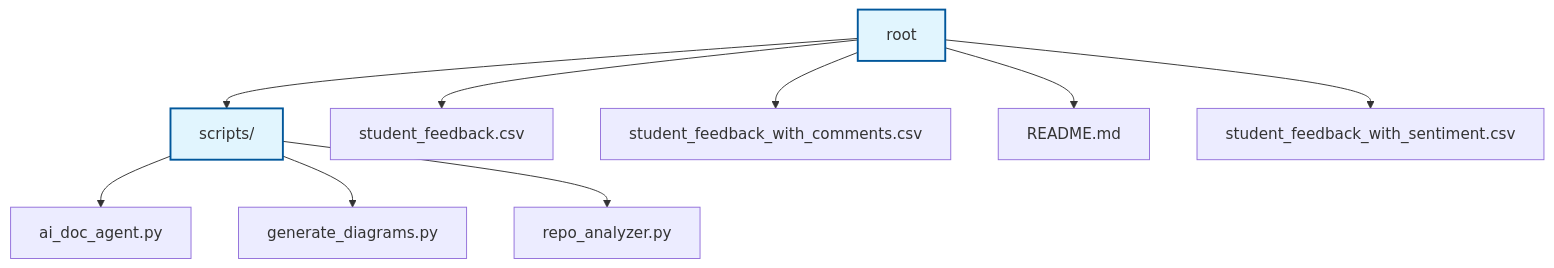
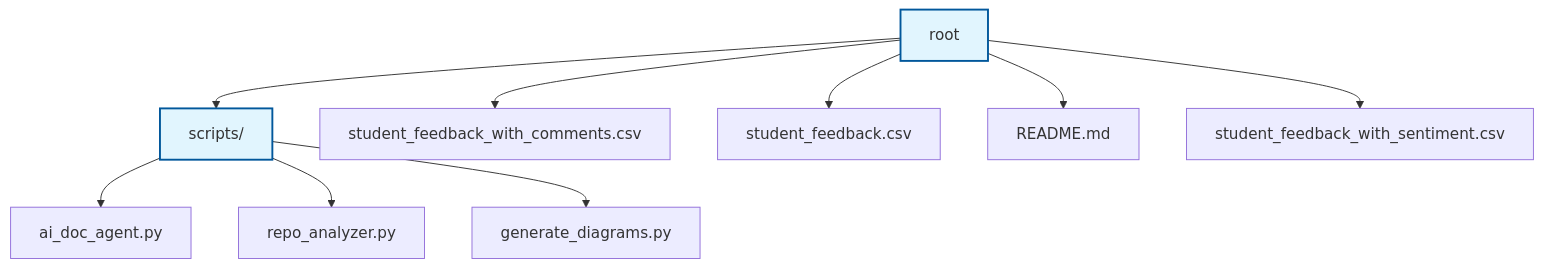
Before and after one commit to NITISH-R-G/FUTURE_DS_03: the diagram in README.md, drawn with Mermaid.

Commit message:
docs: auto-update repository documentation and diagrams

````diff
--- a/README.md
+++ b/README.md
@@ -47,29 +47,29 @@
 ```mermaid
 graph TD
     node0["root"]:::folder
     node1["scripts/"]:::folder
     node0 --> node1
-    node2["student_feedback.csv"]
+    node2["student_feedback_with_comments.csv"]
     node0 --> node2
-    node3["student_feedback_with_comments.csv"]
+    node3["student_feedback.csv"]
     node0 --> node3
     node4["README.md"]
     node0 --> node4
     node5["student_feedback_with_sentiment.csv"]
     node0 --> node5
     node6["ai_doc_agent.py"]
     node1 --> node6
-    node7["generate_diagrams.py"]
+    node7["repo_analyzer.py"]
     node1 --> node7
-    node8["repo_analyzer.py"]
+    node8["generate_diagrams.py"]
     node1 --> node8
     classDef folder fill:#e1f5fe,stroke:#01579b,stroke-width:2px;
     click node1 "scripts" "View scripts"
-    click node2 "student_feedback.csv" "View student_feedback.csv"
-    click node3 "student_feedback_with_comments.csv" "View student_feedback_with_comments.csv"
+    click node2 "student_feedback_with_comments.csv" "View student_feedback_with_comments.csv"
+    click node3 "student_feedback.csv" "View student_feedback.csv"
     click node4 "README.md" "View README.md"
     click node5 "student_feedback_with_sentiment.csv" "View student_feedback_with_sentiment.csv"
     click node6 "scripts/ai_doc_agent.py" "View ai_doc_agent.py"
-    click node7 "scripts/generate_diagrams.py" "View generate_diagrams.py"
-    click node8 "scripts/repo_analyzer.py" "View repo_analyzer.py"
+    click node7 "scripts/repo_analyzer.py" "View repo_analyzer.py"
+    click node8 "scripts/generate_diagrams.py" "View generate_diagrams.py"
 ```
````
